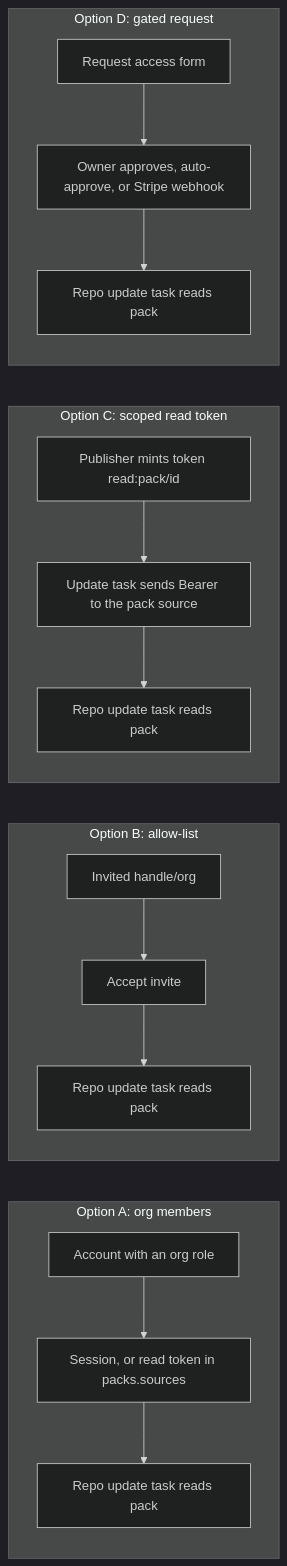
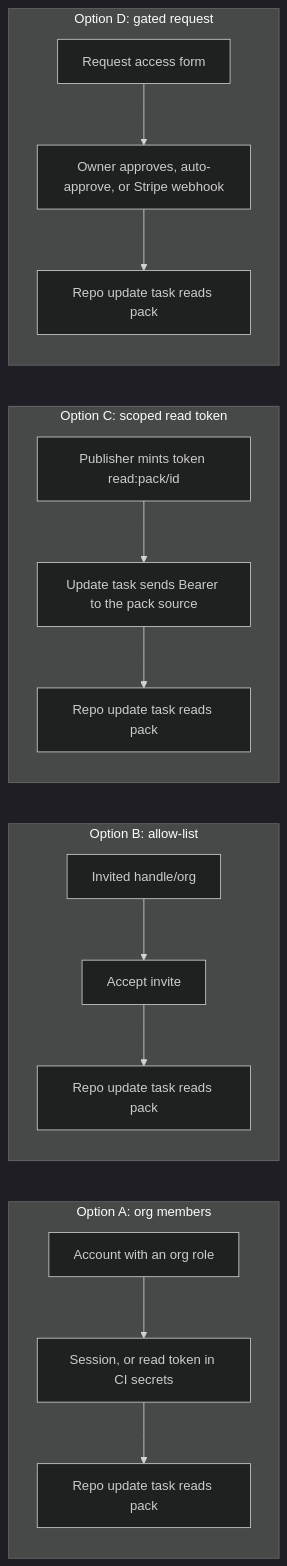
One commit to Claudinite/PackServer changed the tenth of 13 diagrams in docs/ui/flows.md. Above: the diagram before and after it, drawn with Mermaid (dark theme). The commit also changed other lines of this file and 6 other files, not shown here.

````diff
--- a/docs/ui/flows.md
+++ b/docs/ui/flows.md
@@ -440,15 +440,15 @@
 ```mermaid
 flowchart LR
   subgraph A["Option A: org members"]
-    A1["Account with an org role"] --> A2["Session, or read token in packs.sources"] --> A3["Repo update task reads pack"]
+    A1["Account with an org role"] --> A2["Session, or read token in CI secrets"] --> A3["Repo update task reads pack"]
   end
   subgraph B["Option B: allow-list"]
     B1["Invited handle/org"] --> B2["Accept invite"] --> B3["Repo update task reads pack"]
   end
   subgraph C["Option C: scoped read token"]
     C1["Publisher mints token read:pack/id"] --> C2["Update task sends Bearer to the pack source"] --> C3["Repo update task reads pack"]
   end
   subgraph D["Option D: gated request"]
     D1["Request access form"] --> D2["Owner approves, auto-approve, or Stripe webhook"] --> D3["Repo update task reads pack"]
   end
 ```
````
